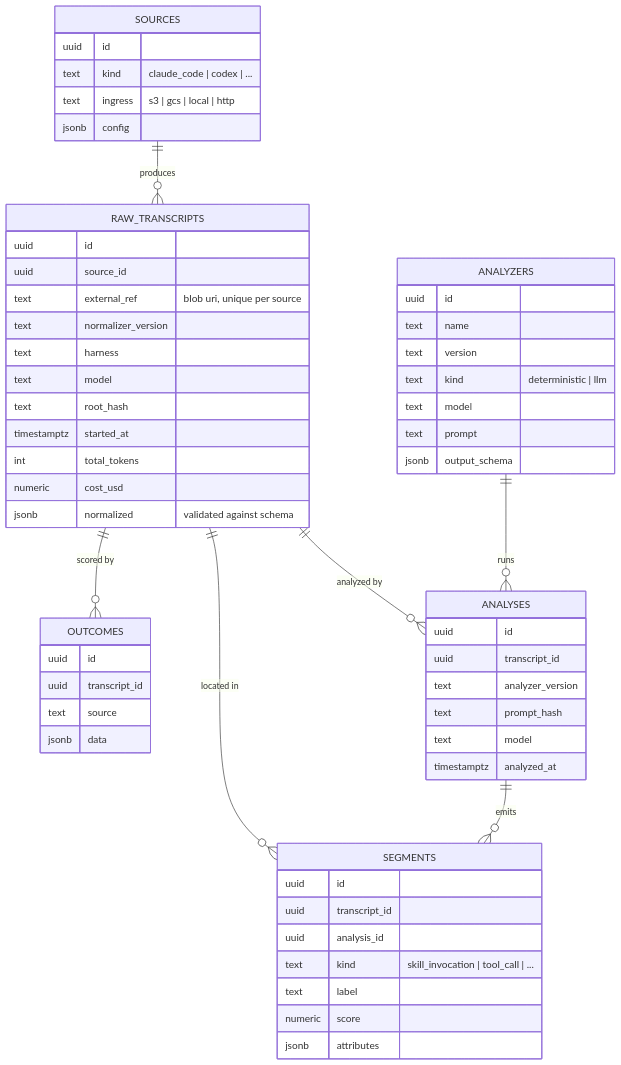
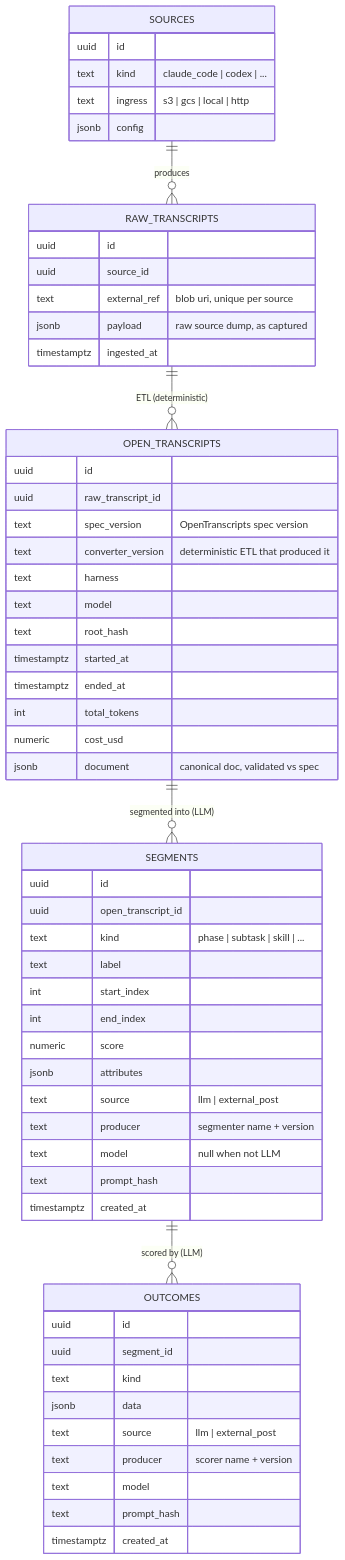
One commit to pulsemcp/switchboard changed the second of 4 diagrams in docs/architecture.md. Above: the diagram before and after it, drawn with Mermaid. The commit also changed other lines of this file and 1 other file, not shown here.

First line of the commit message:
docs: model four-stage pipeline with OpenTranscripts spec

````diff
--- a/docs/architecture.md
+++ b/docs/architecture.md
@@ -54,61 +64,61 @@
 ```mermaid
 erDiagram
-  SOURCES        ||--o{ RAW_TRANSCRIPTS : produces
-  RAW_TRANSCRIPTS ||--o{ ANALYSES       : "analyzed by"
-  ANALYZERS      ||--o{ ANALYSES        : runs
-  ANALYSES       ||--o{ SEGMENTS        : emits
-  RAW_TRANSCRIPTS ||--o{ SEGMENTS       : "located in"
-  RAW_TRANSCRIPTS ||--o{ OUTCOMES       : "scored by"
+  SOURCES          ||--o{ RAW_TRANSCRIPTS  : produces
+  RAW_TRANSCRIPTS  ||--o{ OPEN_TRANSCRIPTS : "ETL (deterministic)"
+  OPEN_TRANSCRIPTS ||--o{ SEGMENTS         : "segmented into (LLM)"
+  SEGMENTS         ||--o{ OUTCOMES         : "scored by (LLM)"
 
   SOURCES {
     uuid id
-    text kind          "claude_code | codex | ..."
-    text ingress       "s3 | gcs | local | http"
+    text kind             "claude_code | codex | ..."
+    text ingress          "s3 | gcs | local | http"
     jsonb config
   }
   RAW_TRANSCRIPTS {
     uuid id
     uuid source_id
-    text external_ref  "blob uri, unique per source"
-    text normalizer_version
+    text external_ref     "blob uri, unique per source"
+    jsonb payload         "raw source dump, as captured"
+    timestamptz ingested_at
+  }
+  OPEN_TRANSCRIPTS {
+    uuid id
+    uuid raw_transcript_id
+    text spec_version     "OpenTranscripts spec version"
+    text converter_version "deterministic ETL that produced it"
     text harness
     text model
     text root_hash
     timestamptz started_at
+    timestamptz ended_at
     int  total_tokens
     numeric cost_usd
-    jsonb normalized   "validated against schema"
-  }
-  ANALYZERS {
-    uuid id
-    text name
-    text version
-    text kind          "deterministic | llm"
-    text model
-    text prompt
-    jsonb output_schema
-  }
-  ANALYSES {
-    uuid id
-    uuid transcript_id
-    text analyzer_version
-    text prompt_hash
-    text model
-    timestamptz analyzed_at
+    jsonb document        "canonical doc, validated vs spec"
   }
   SEGMENTS {
     uuid id
-    uuid transcript_id
-    uuid analysis_id
-    text kind          "skill_invocation | tool_call | ..."
+    uuid open_transcript_id
+    text kind             "phase | subtask | skill | ..."
     text label
+    int  start_index
+    int  end_index
     numeric score
     jsonb attributes
+    text source           "llm | external_post"
+    text producer         "segmenter name + version"
+    text model            "null when not LLM"
+    text prompt_hash
+    timestamptz created_at
   }
   OUTCOMES {
     uuid id
-    uuid transcript_id
-    text source
+    uuid segment_id
+    text kind
     jsonb data
+    text source           "llm | external_post"
+    text producer         "scorer name + version"
+    text model
+    text prompt_hash
+    timestamptz created_at
   }
 ```
````
